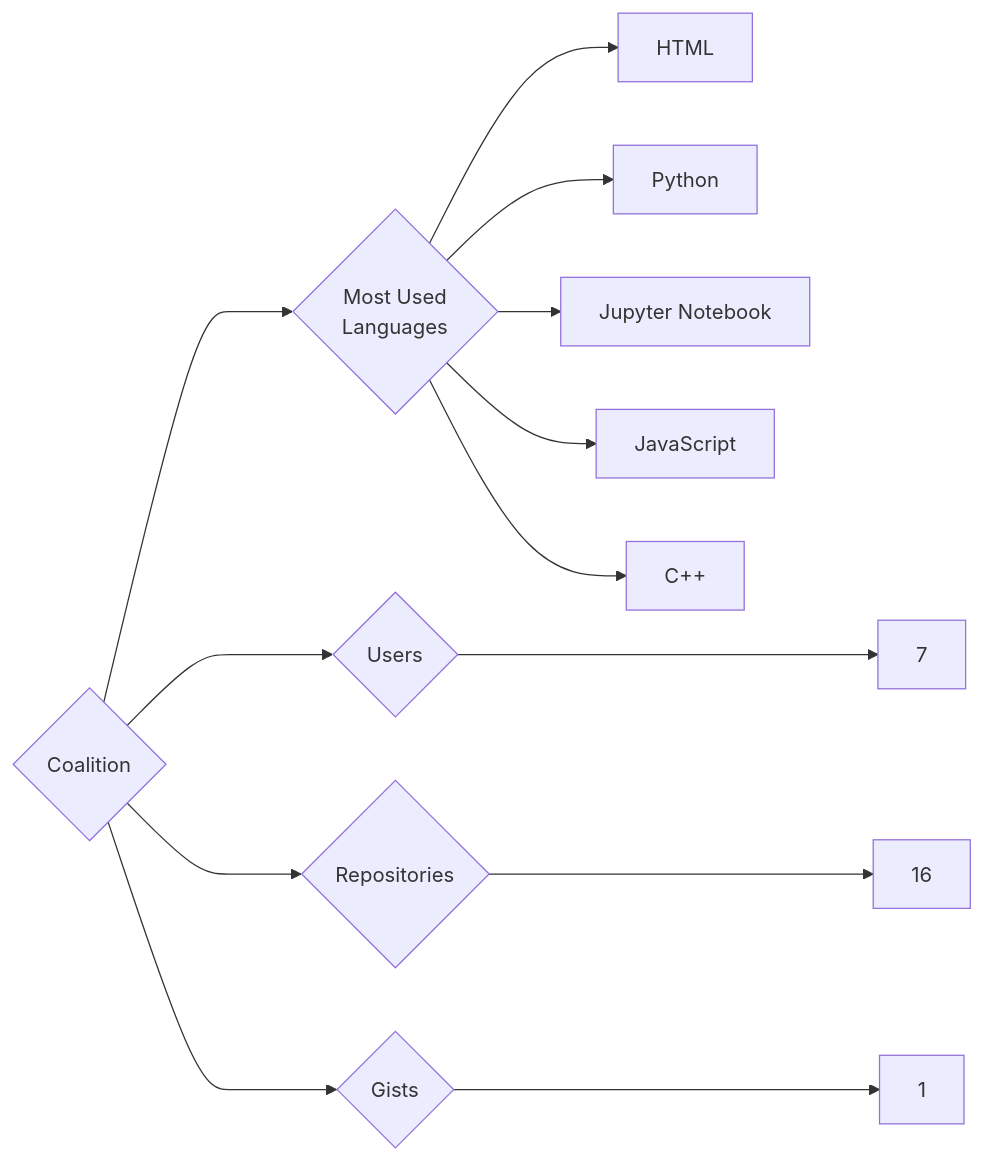
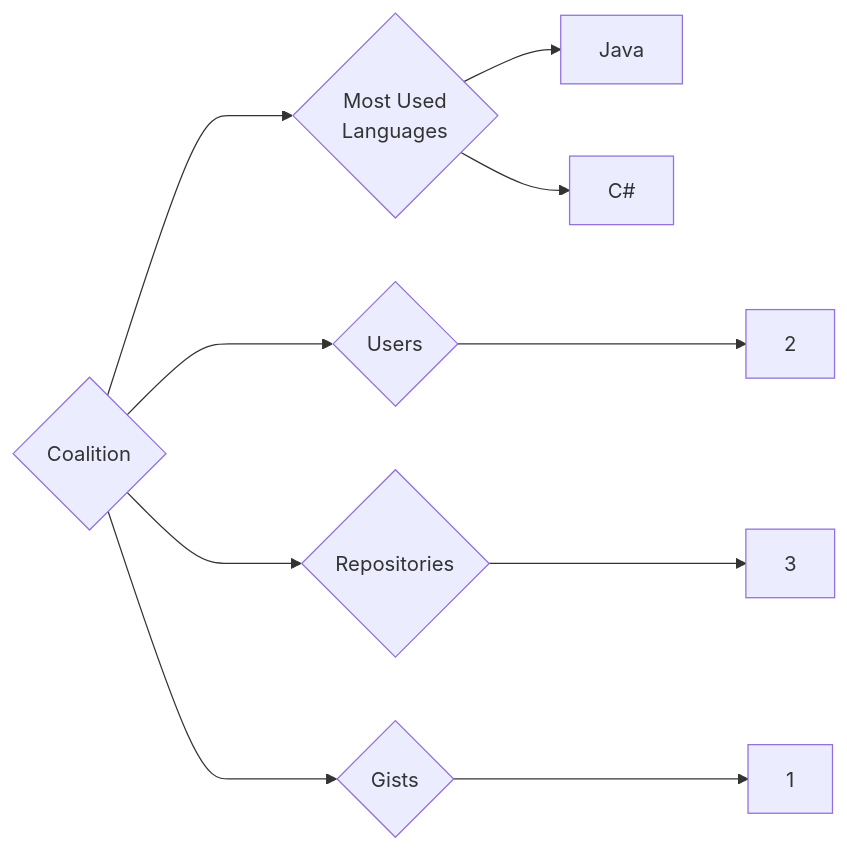
The diagram in targets/Coalition/README.md (trickest/insiders), drawn with Mermaid before and after one commit. The commit also changed 1141 other files, not shown here.

````diff
--- a/targets/Coalition/README.md
+++ b/targets/Coalition/README.md
@@ -3,13 +3,10 @@
 ```mermaid
 graph LR
 COMPANY_NAME{Coalition}
-COMPANY_NAME ---> U{Users} ---> UN[7]
-COMPANY_NAME ---> R{Repositories} ---> RN[16]
+COMPANY_NAME ---> U{Users} ---> UN[2]
+COMPANY_NAME ---> R{Repositories} ---> RN[3]
 COMPANY_NAME ---> G{Gists} ---> GN[1]
 COMPANY_NAME ---> ML{Most Used<br>Languages}
-ML --> HTML[HTML]
-ML --> Python[Python]
-ML --> Jupyter_Notebook[Jupyter Notebook]
-ML --> JavaScript[JavaScript]
-ML --> C++[C++]
+ML --> Java[Java]
+ML --> C#[C#]
 ```
````
